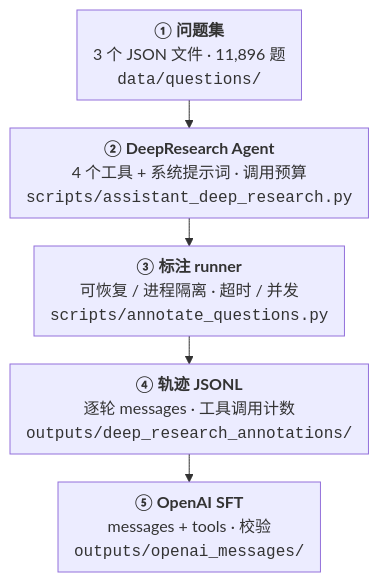
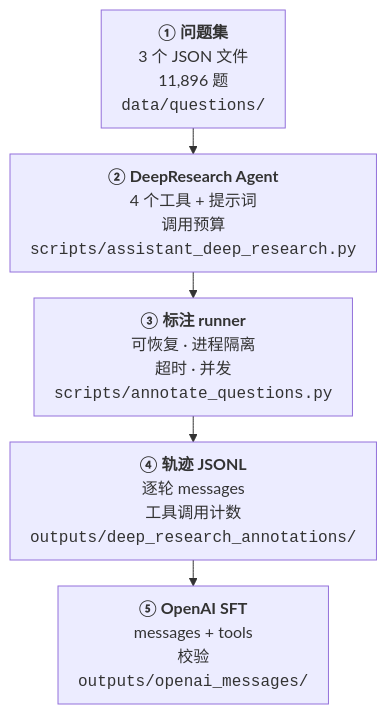
Before and after one commit to Xigmoid/Qwen-Agent-DeepResearch: the diagram in README_CN.md, drawn with Mermaid. The commit also changed 1 other file, not shown here.

Commit message:
Give every diagram line an explicit break so no renderer re-wraps it
Mermaid measures label width with its own font metrics, so a line that fits
locally can still wrap on GitHub. Breaking each descriptor into short,
explicit lines makes the layout renderer-independent.

````diff
--- a/README_CN.md
+++ b/README_CN.md
@@ -47,10 +47,10 @@
 ```mermaid
-%%{init: {"flowchart": {"rankSpacing": 28, "nodeSpacing": 20, "padding": 8}}}%%
+%%{init: {"flowchart": {"rankSpacing": 26, "nodeSpacing": 20, "padding": 10}}}%%
 flowchart TD
-    Q["<b>① 问题集</b><br/>3 个 JSON 文件 · 11,896 题<br/><code>data/questions/</code>"]
-    A["<b>② DeepResearch Agent</b><br/>4 个工具 + 系统提示词 · 调用预算<br/><code>scripts/assistant_deep_research.py</code>"]
-    R["<b>③ 标注 runner</b><br/>可恢复 / 进程隔离 · 超时 / 并发<br/><code>scripts/annotate_questions.py</code>"]
-    T["<b>④ 轨迹 JSONL</b><br/>逐轮 messages · 工具调用计数<br/><code>outputs/deep_research_annotations/</code>"]
-    S["<b>⑤ OpenAI SFT</b><br/>messages + tools · 校验<br/><code>outputs/openai_messages/</code>"]
+    Q["<b>① 问题集</b><br/>3 个 JSON 文件<br/>11,896 题<br/><code>data/questions/</code>"]
+    A["<b>② DeepResearch Agent</b><br/>4 个工具 + 提示词<br/>调用预算<br/><code>scripts/assistant_deep_research.py</code>"]
+    R["<b>③ 标注 runner</b><br/>可恢复 · 进程隔离<br/>超时 · 并发<br/><code>scripts/annotate_questions.py</code>"]
+    T["<b>④ 轨迹 JSONL</b><br/>逐轮 messages<br/>工具调用计数<br/><code>outputs/deep_research_annotations/</code>"]
+    S["<b>⑤ OpenAI SFT</b><br/>messages + tools<br/>校验<br/><code>outputs/openai_messages/</code>"]
     Q --> A --> R --> T --> S
 ```
````
